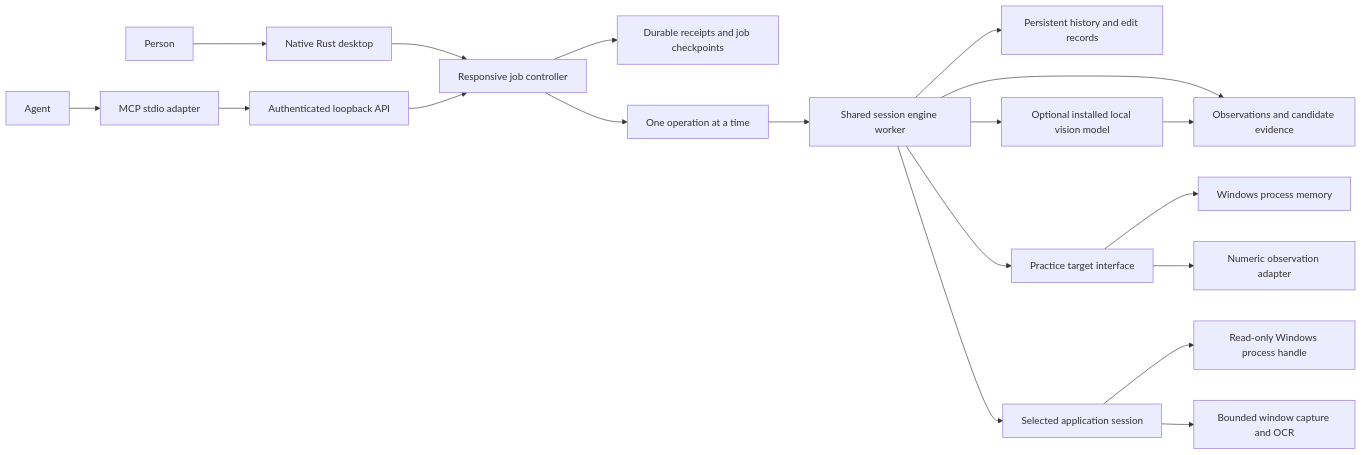
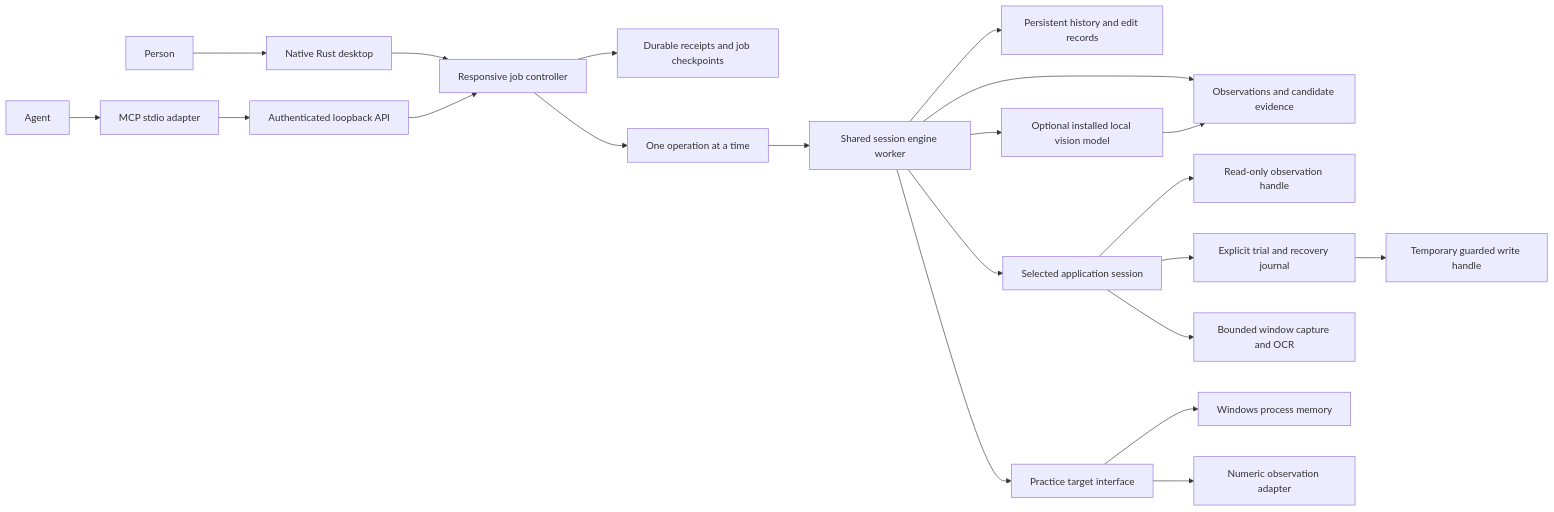
The diagram in docs/ARCHITECTURE.md (skulitom/Reversebolt), drawn with Mermaid before and after one commit. The commit also changed other lines of this file and 21 other files, not shown here.

Commit message:
Add explicit native trial edits to shared control cards

````diff
--- a/docs/ARCHITECTURE.md
+++ b/docs/ARCHITECTURE.md
@@ -3,21 +3,23 @@
 ```mermaid
 flowchart LR
     Person[Person] --> Desktop[Native Rust desktop]
     Agent[Agent] --> MCP[MCP stdio adapter]
     MCP --> API[Authenticated loopback API]
     Desktop --> Controller[Responsive job controller]
     API --> Controller
     Controller --> Journal[Durable receipts and job checkpoints]
     Controller --> Queue[One operation at a time]
     Queue --> Engine[Shared session engine worker]
     Engine --> Evidence[Observations and candidate evidence]
     Engine --> History[Persistent history and edit records]
     Engine --> Target[Practice target interface]
     Engine --> Live[Selected application session]
-    Live --> Native[Read-only Windows process handle]
+    Live --> Native[Read-only observation handle]
+    Live --> Changes[Explicit trial and recovery journal]
+    Changes --> Write[Temporary guarded write handle]
     Live --> Window[Bounded window capture and OCR]
     Engine --> Observer[Optional installed local vision model]
     Observer --> Evidence
     Target --> Memory[Windows process memory]
     Target --> Observations[Numeric observation adapter]
 ```
````
